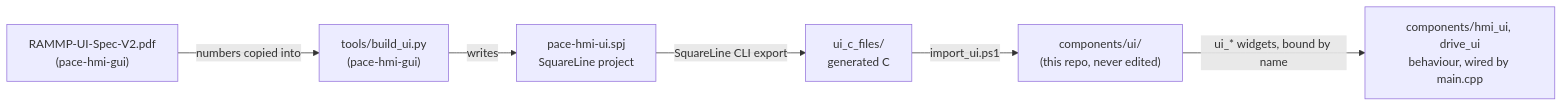
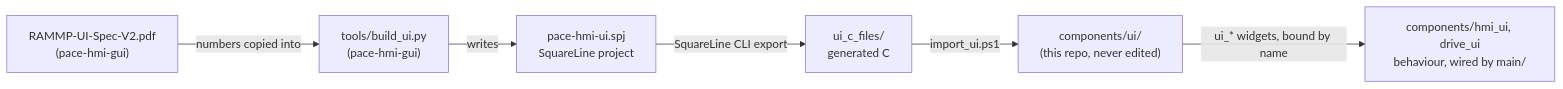
Before and after one commit to rammp-org/pace-hmi-fw: the first of 3 diagrams in docs/ui-architecture.md, drawn with Mermaid. The commit also changed other lines of this file and 7 other files, not shown here.

````diff
--- a/docs/ui-architecture.md
+++ b/docs/ui-architecture.md
@@ -20,8 +26,8 @@
 ```mermaid
 flowchart LR
   spec["RAMMP-UI-Spec-V2.pdf<br/>(pace-hmi-gui)"] -->|numbers copied into| build["tools/build_ui.py<br/>(pace-hmi-gui)"]
   build -->|writes| spj["pace-hmi-ui.spj<br/>SquareLine project"]
   spj -->|SquareLine CLI export| cfiles["ui_c_files/<br/>generated C"]
   cfiles -->|import_ui.ps1| ui["components/ui/<br/>(this repo, never edited)"]
-  ui -->|ui_* widgets, bound by name| fw["components/hmi_ui, drive_ui<br/>behaviour, wired by main.cpp"]
+  ui -->|ui_* widgets, bound by name| fw["components/hmi_ui, drive_ui<br/>behaviour, wired by main/"]
 ```
````
